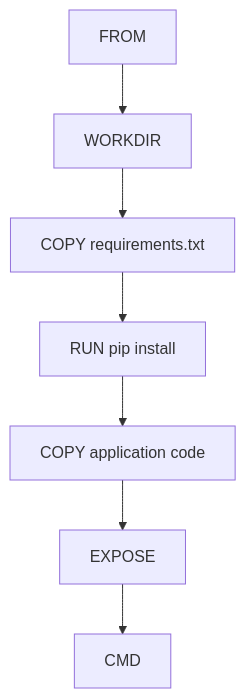
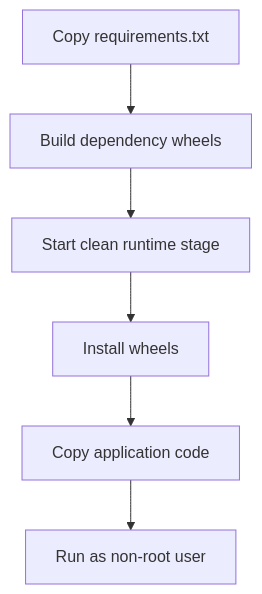
The fourth of 4 diagrams in src/content/devops/docker-images-builds.md (AvadhBhalodiya/Interview-Preparation), drawn with Mermaid before and after one commit. The commit also changed other lines of this file and 54 other files, not shown here.

````diff
--- a/src/content/devops/docker-images-builds.md
+++ b/src/content/devops/docker-images-builds.md
@@ -299,9 +643,8 @@
 ```mermaid
 flowchart TD
-    A[FROM] --> B[WORKDIR]
-    B --> C[COPY requirements.txt]
-    C --> D[RUN pip install]
-    D --> E[COPY application code]
-    E --> F[EXPOSE]
-    F --> G[CMD]
+    A[Copy requirements.txt] --> B[Build dependency wheels]
+    B --> C[Start clean runtime stage]
+    C --> D[Install wheels]
+    D --> E[Copy application code]
+    E --> F[Run as non-root user]
 ```
````
